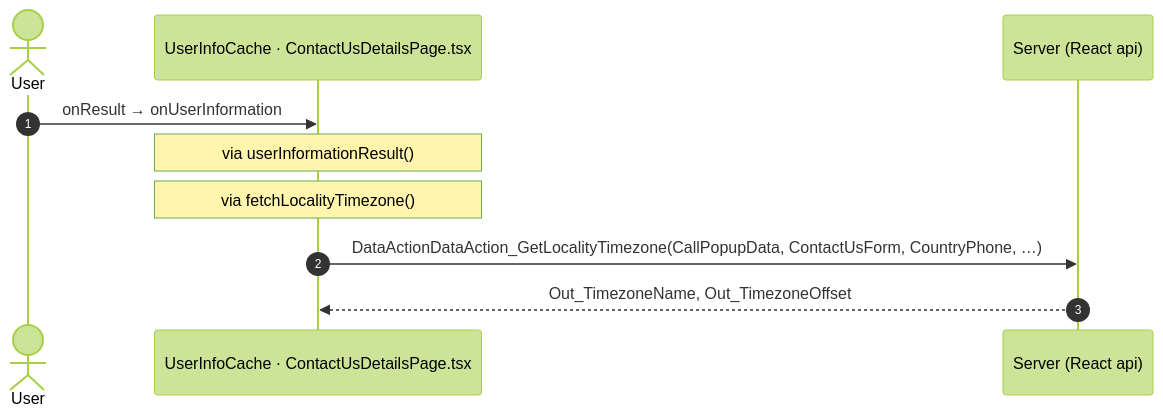
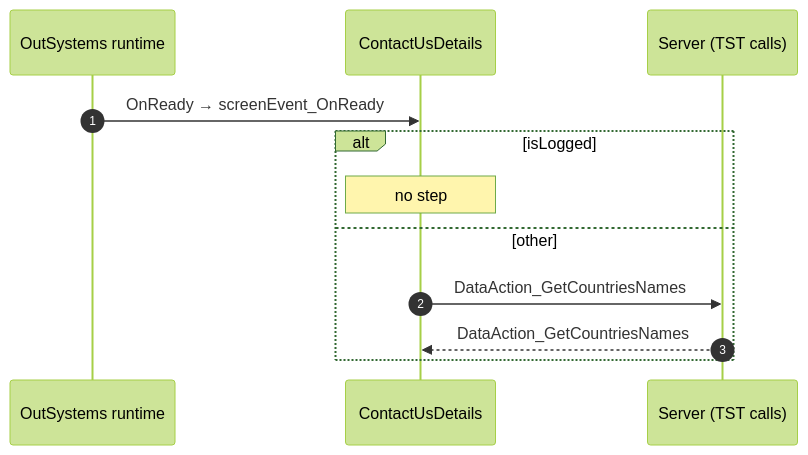
One commit to Phoenix-DX/connect-new-ui changed the fourth of 5 diagrams in route-actions/routes/ContactUsDetails.md. Above: the diagram before and after it, drawn with Mermaid (forest theme). The commit also changed other lines of this file and 52 other files, not shown here.

````diff
--- a/route-actions/routes/ContactUsDetails.md
+++ b/route-actions/routes/ContactUsDetails.md
@@ -226,12 +194,14 @@
 ```mermaid
 sequenceDiagram
   autonumber
-  actor U as User
-  participant H as UserInfoCache · ContactUsDetailsPage.tsx
-  participant A as Server (React api)
-  U->>H: onResult → onUserInformation
-  Note over H: via userInformationResult()
-  Note over H: via fetchLocalityTimezone()
-  H->>A: DataActionDataAction_GetLocalityTimezone(CallPopupData, ContactUsForm, CountryPhone, …)
-  A-->>H: Out_TimezoneName, Out_TimezoneOffset
+  participant R as OutSystems runtime
+  participant B as ContactUsDetails
+  participant S as Server (TST calls)
+  R->>B: OnReady → screenEvent_OnReady
+  alt isLogged
+    Note over B: no step
+  else other
+    B->>S: DataAction_GetCountriesNames
+    S-->>B: DataAction_GetCountriesNames
+  end
 ```
````
